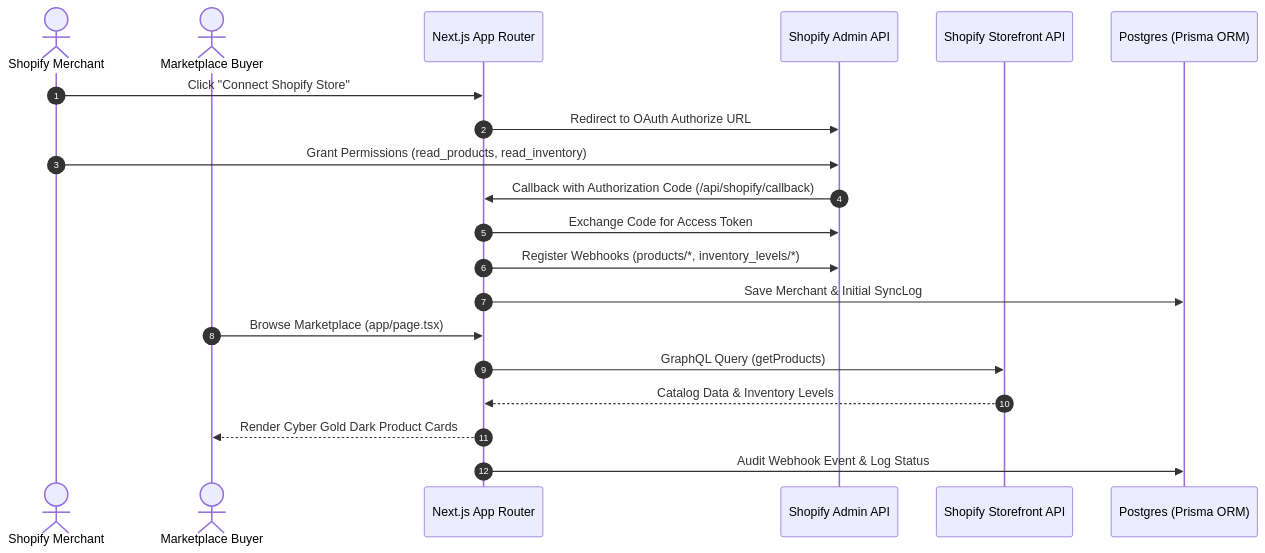
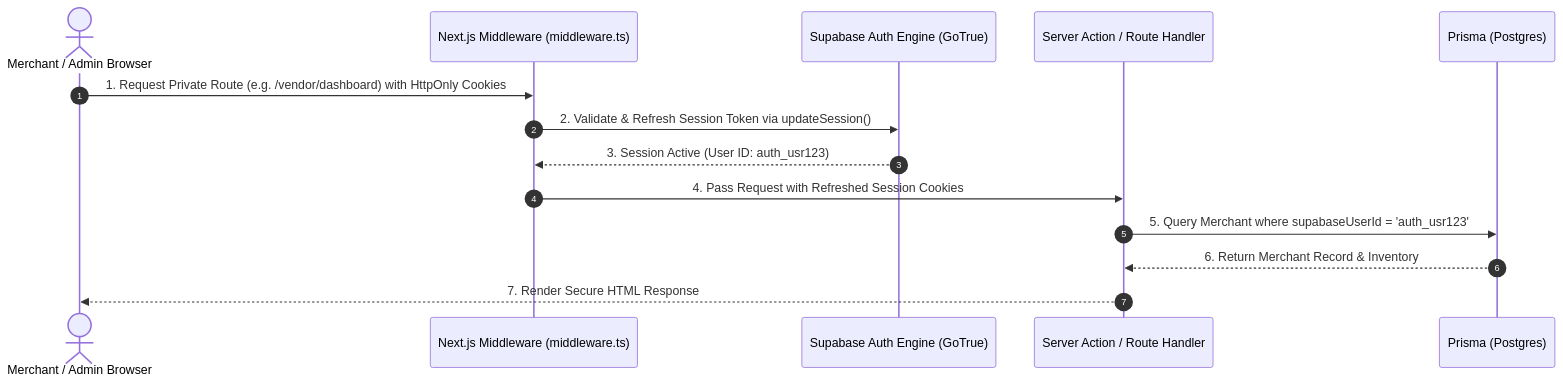
One commit to Prodman-MU/dropshipping-marketplace changed the second of 3 diagrams in docs/ARCHITECTURE.md. Above: the diagram before and after it, drawn with Mermaid. The commit also changed other lines of this file and 39 other files, not shown here.

Commit message:
feat: implement foundational Shopify dropshipping marketplace architecture with Supabase auth and Prisma ORM

````diff
--- a/docs/ARCHITECTURE.md
+++ b/docs/ARCHITECTURE.md
@@ -11,26 +171,17 @@
 ```mermaid
 sequenceDiagram
     autonumber
-    actor Merchant as Shopify Merchant
-    actor Buyer as Marketplace Buyer
-    participant App as Next.js App Router
-    participant ShopifyAdmin as Shopify Admin API
-    participant ShopifySF as Shopify Storefront API
-    participant DB as Postgres (Prisma ORM)
+    actor User as Merchant / Admin Browser
+    participant MW as Next.js Middleware (middleware.ts)
+    participant Auth as Supabase Auth Engine (GoTrue)
+    participant Handler as Server Action / Route Handler
+    participant DB as Prisma (Postgres)
 
-    %% Merchant OAuth Connection
-    Merchant->>App: Click "Connect Shopify Store"
-    App->>ShopifyAdmin: Redirect to OAuth Authorize URL
-    Merchant->>ShopifyAdmin: Grant Permissions (read_products, read_inventory)
-    ShopifyAdmin->>App: Callback with Authorization Code (/api/shopify/callback)
-    App->>ShopifyAdmin: Exchange Code for Access Token
-    App->>ShopifyAdmin: Register Webhooks (products/*, inventory_levels/*)
-    App->>DB: Save Merchant & Initial SyncLog
-
-    %% Buyer Browsing & Real-Time Sync
-    Buyer->>App: Browse Marketplace (app/page.tsx)
-    App->>ShopifySF: GraphQL Query (getProducts)
-    ShopifySF-->>App: Catalog Data & Inventory Levels
-    App-->>Buyer: Render Cyber Gold Dark Product Cards
-    App->>DB: Audit Webhook Event & Log Status
+    User->>MW: 1. Request Private Route (e.g. /vendor/dashboard) with HttpOnly Cookies
+    MW->>Auth: 2. Validate & Refresh Session Token via updateSession()
+    Auth-->>MW: 3. Session Active (User ID: auth_usr123)
+    MW->>Handler: 4. Pass Request with Refreshed Session Cookies
+    Handler->>DB: 5. Query Merchant where supabaseUserId = 'auth_usr123'
+    DB-->>Handler: 6. Return Merchant Record & Inventory
+    Handler-->>User: 7. Render Secure HTML Response
 ```
````
